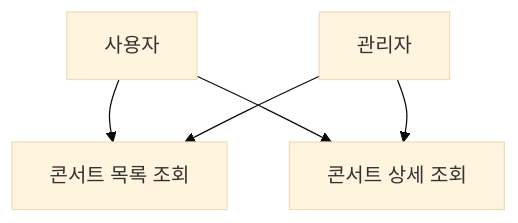
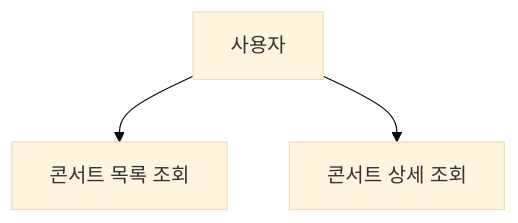
One commit to SMJin/voyage-ConcertReservation changed the first of 4 diagrams in docs/diagram-erd/read-consert.md. Above: the diagram before and after it, drawn with Mermaid. The commit also changed 1 other file, not shown here.

Commit message:
docs: JWT+Security 인증흐름 기능 분석서 Issue #16

````diff
--- a/docs/diagram-erd/read-consert.md
+++ b/docs/diagram-erd/read-consert.md
@@ -8,8 +8,6 @@
 ```mermaid
 %%{init: {'theme': 'base'}}%%
 flowchart TD
     User[사용자] --> UC1[콘서트 목록 조회]
     User --> UC2[콘서트 상세 조회]
-    Admin[관리자] --> UC1
-    Admin --> UC2
 ```
````
